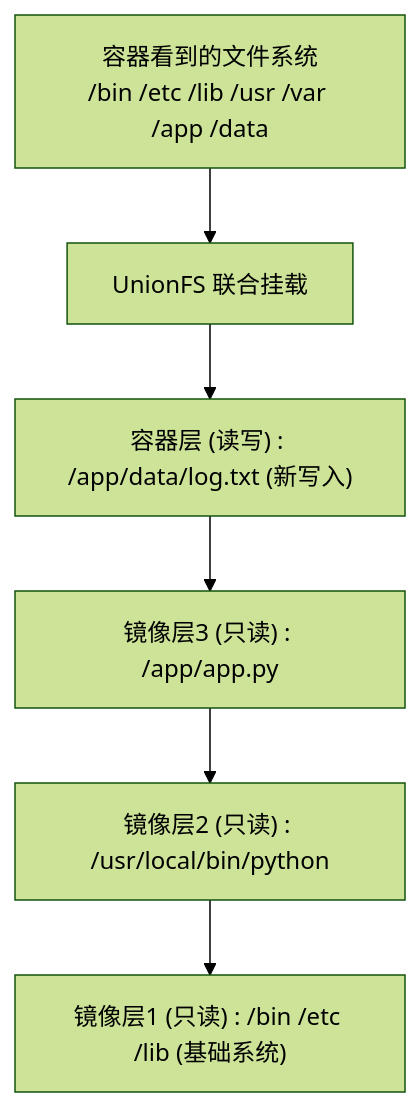
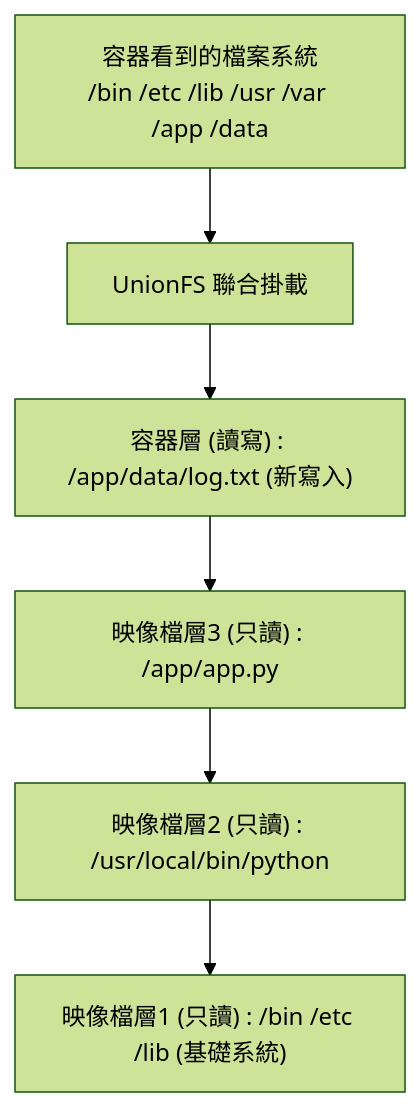
One commit to alexkuoecity/docker-practice-master-zh-tw changed the first of 4 diagrams in 12_implementation/12.4_ufs.md. Above: the diagram before and after it, drawn with Mermaid (forest theme). The commit also changed other lines of this file and 200 other files, not shown here.

````diff
--- a/12_implementation/12.4_ufs.md
+++ b/12_implementation/12.4_ufs.md
@@ -11,13 +11,13 @@
 ```mermaid
 flowchart TD
-    ContainerFS["容器看到的文件系统<br/>/bin /etc /lib /usr /var /app /data"]
-    UnionFS["UnionFS 联合挂载"]
+    ContainerFS["容器看到的檔案系統<br/>/bin /etc /lib /usr /var /app /data"]
+    UnionFS["UnionFS 聯合掛載"]
 
-    ContainerLayer["容器层 (读写) : /app/data/log.txt (新写入)"]
-    ImageLayer3["镜像层3 (只读) : /app/app.py"]
-    ImageLayer2["镜像层2 (只读) : /usr/local/bin/python"]
-    ImageLayer1["镜像层1 (只读) : /bin /etc /lib (基础系统)"]
+    ContainerLayer["容器層 (讀寫) : /app/data/log.txt (新寫入)"]
+    ImageLayer3["映像檔層3 (只讀) : /app/app.py"]
+    ImageLayer2["映像檔層2 (只讀) : /usr/local/bin/python"]
+    ImageLayer1["映像檔層1 (只讀) : /bin /etc /lib (基礎系統)"]
 
     ContainerFS --> UnionFS
     UnionFS --> ContainerLayer --> ImageLayer3 --> ImageLayer2 --> ImageLayer1
 ```
````
